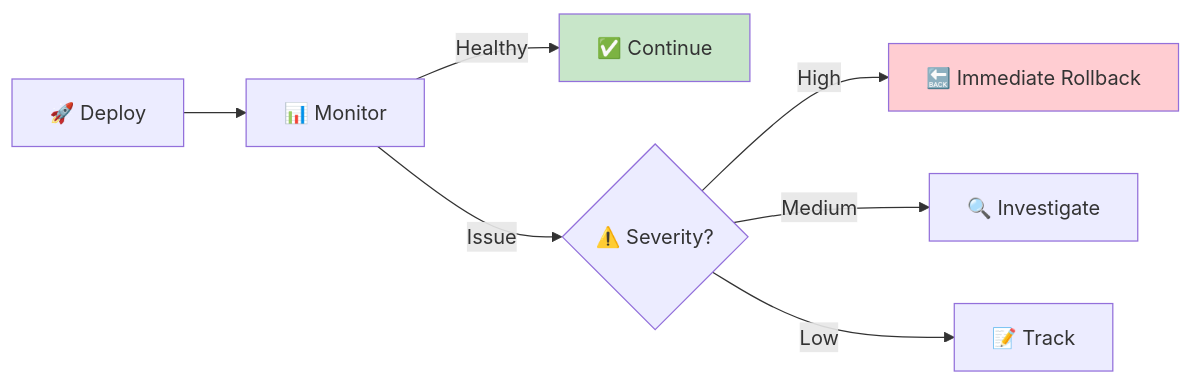
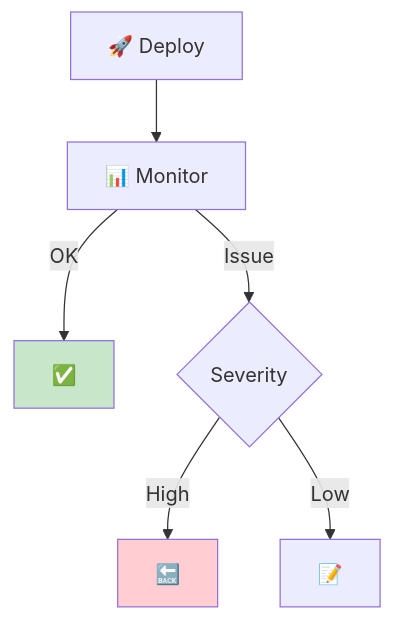
One commit to TheBushidoCollective/han changed the seventh of 7 diagrams in website/content/papers/ai-dlc-2026/runbooks/adoption/quality-guardrails.md. Above: the diagram before and after it, drawn with Mermaid. The commit also changed other lines of this file and 21 other files, not shown here.

First line of the commit message:
fix(website): convert all AI-DLC runbook Mermaid diagrams to TB layout

````diff
--- a/website/content/papers/ai-dlc-2026/runbooks/adoption/quality-guardrails.md
+++ b/website/content/papers/ai-dlc-2026/runbooks/adoption/quality-guardrails.md
@@ -315,12 +303,11 @@
 ```mermaid
-flowchart LR
+flowchart TB
     Deploy[🚀 Deploy] --> Monitor[📊 Monitor]
-    Monitor -->|Healthy| Continue[✅ Continue]
-    Monitor -->|Issue| Decision{⚠️ Severity?}
-    Decision -->|High| Rollback[🔙 Immediate Rollback]
-    Decision -->|Medium| Investigate[🔍 Investigate]
-    Decision -->|Low| Track[📝 Track]
+    Monitor -->|OK| Continue[✅]
+    Monitor -->|Issue| Decision{Severity}
+    Decision -->|High| Rollback[🔙]
+    Decision -->|Low| Track[📝]
 
     style Rollback fill:#ffcdd2
     style Continue fill:#c8e6c9
 ```
````
